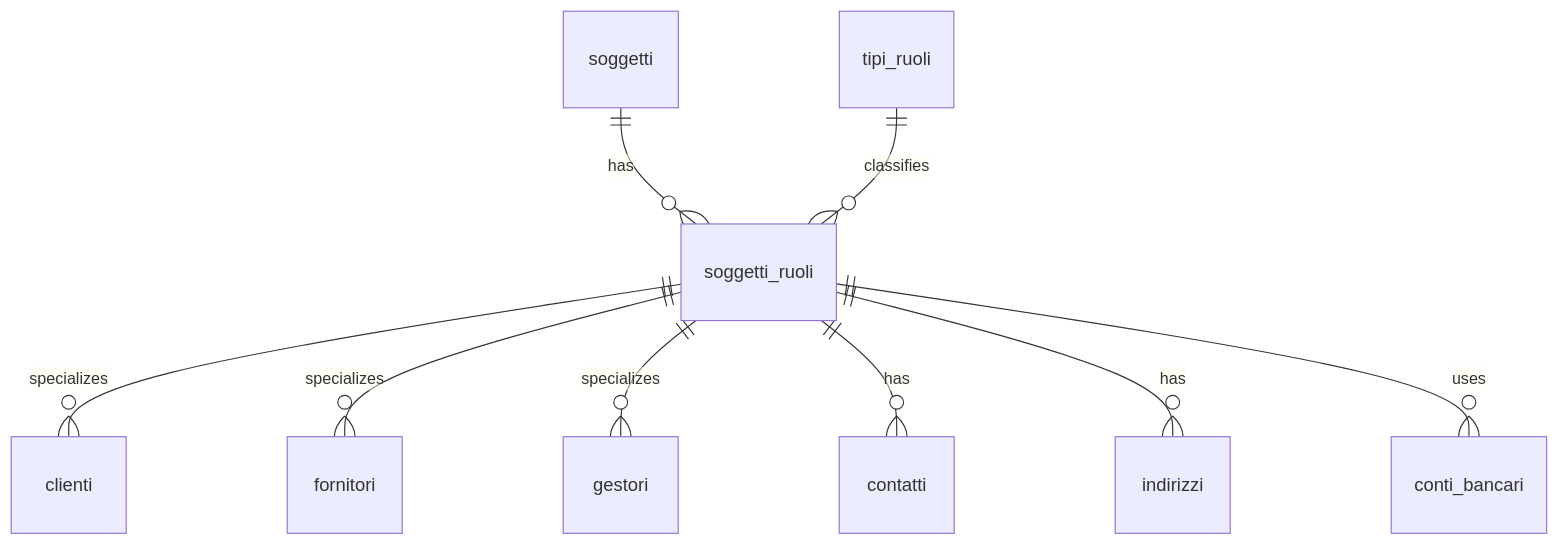
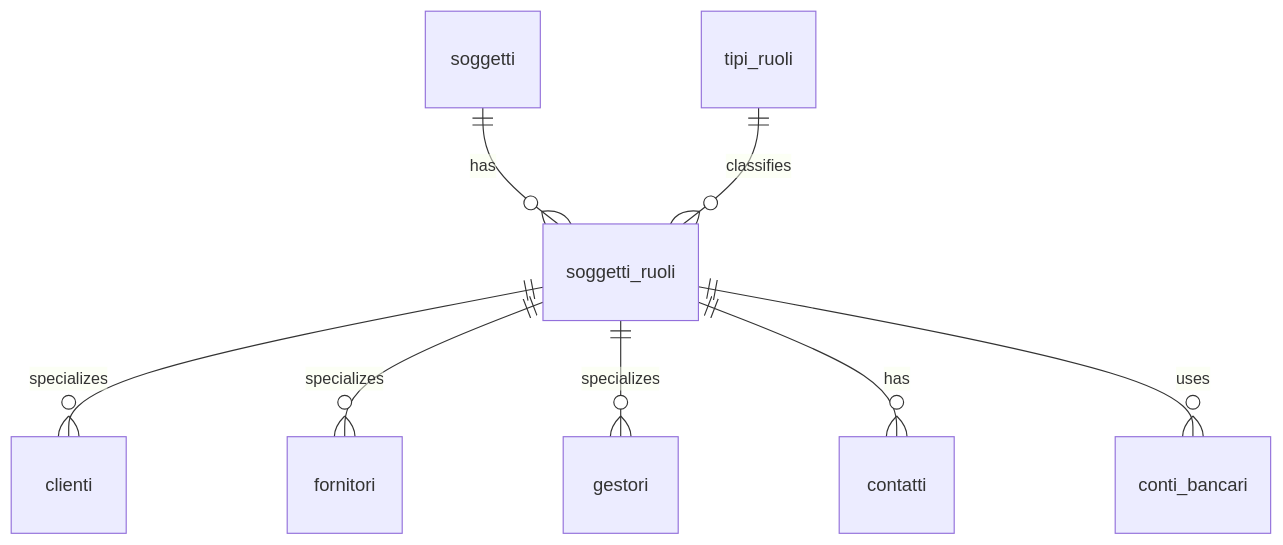
Before and after one commit to Tito-it/ZeroErp: the diagram in docs/it/guide/soggetti-e-ruoli-anagrafici.md, drawn with Mermaid. The commit also changed other lines of this file and 48 other files, not shown here.

````diff
--- a/docs/it/guide/soggetti-e-ruoli-anagrafici.md
+++ b/docs/it/guide/soggetti-e-ruoli-anagrafici.md
@@ -194,13 +192,12 @@
 ```mermaid
 erDiagram
     soggetti ||--o{ soggetti_ruoli : has
     tipi_ruoli ||--o{ soggetti_ruoli : classifies
 
     soggetti_ruoli ||--o{ clienti : specializes
     soggetti_ruoli ||--o{ fornitori : specializes
     soggetti_ruoli ||--o{ gestori : specializes
 
     soggetti_ruoli ||--o{ contatti : has
-    soggetti_ruoli ||--o{ indirizzi : has
     soggetti_ruoli ||--o{ conti_bancari : uses
 ```
````
